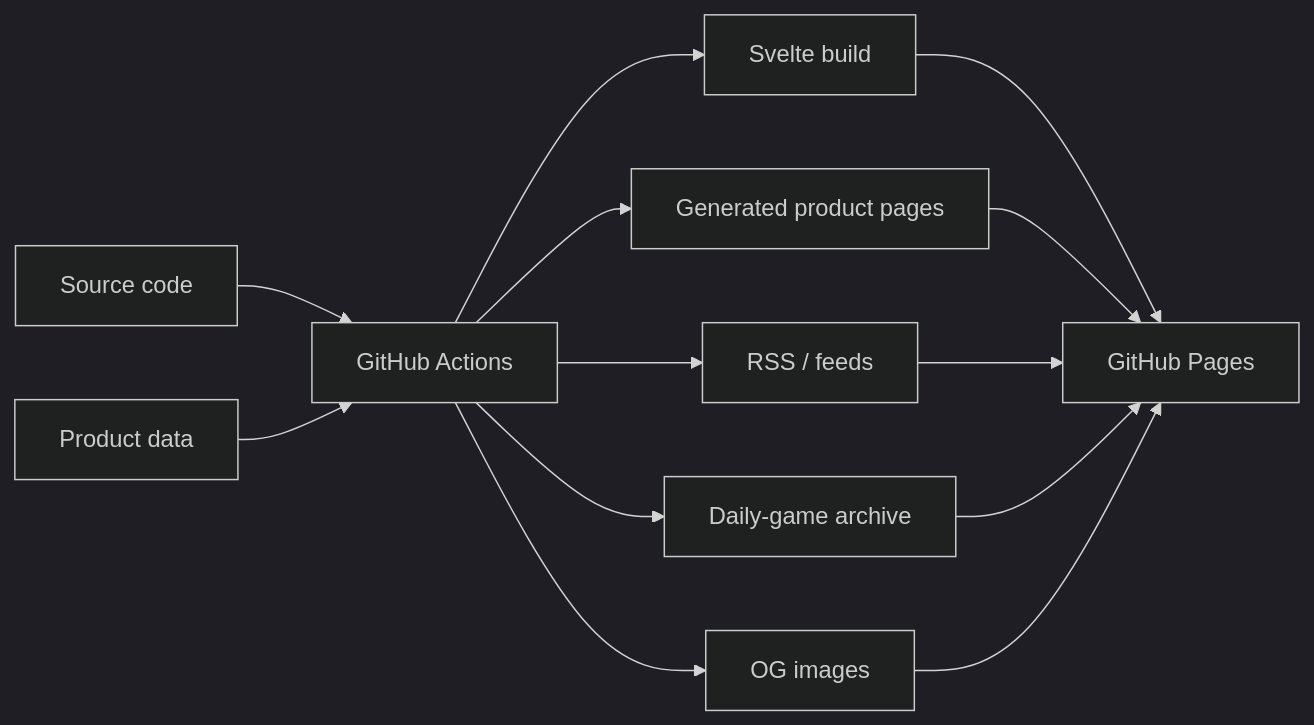
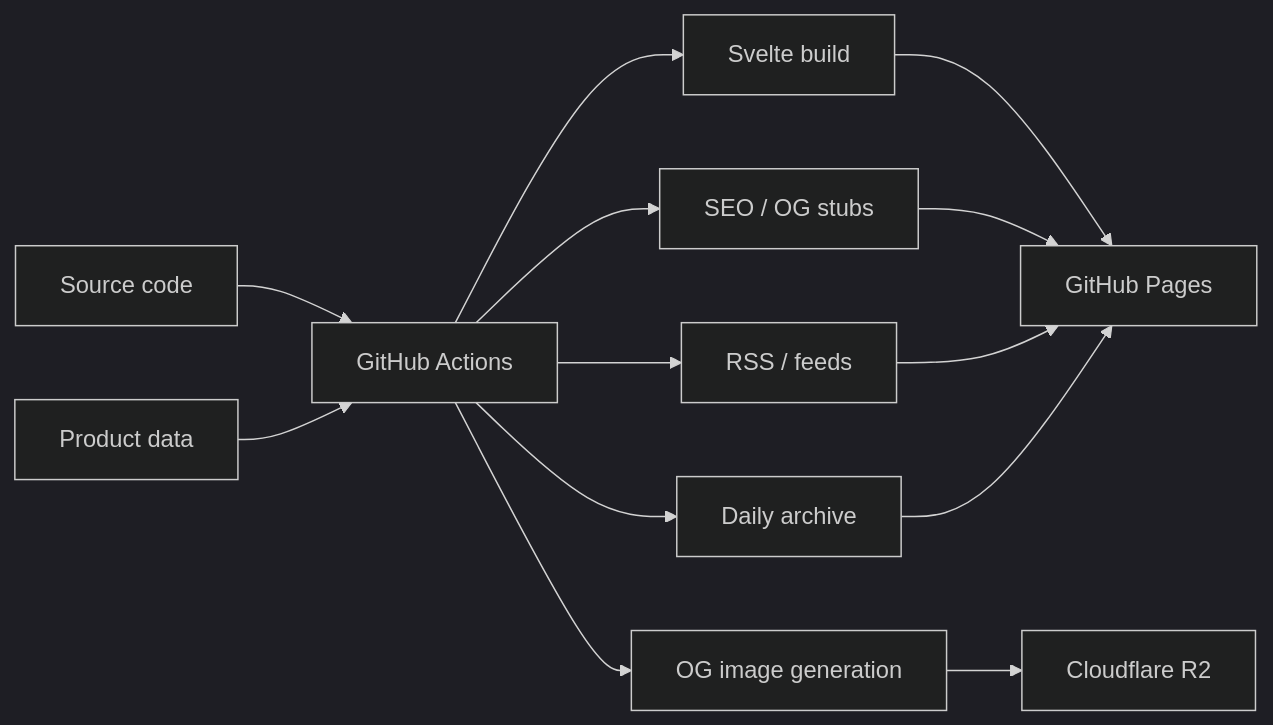
One commit to leevilaukka/alkometriikka changed the second of 2 diagrams in README.md. Above: the diagram before and after it, drawn with Mermaid (dark theme). The commit also changed other lines of this file, not shown here.

Commit message:
docs: update readme to mention R2

````diff
--- a/README.md
+++ b/README.md
@@ -59,17 +59,17 @@
 ```mermaid
 flowchart LR
     A[Source code] --> B[GitHub Actions]
     C[Product data] --> B
 
     B --> D[Svelte build]
-    B --> E[Generated product pages]
+    B --> E[SEO / OG stubs]
     B --> F[RSS / feeds]
-    B --> G[Daily-game archive]
-    B --> H[OG images]
+    B --> G[Daily archive]
+    B --> H[OG image generation]
 
     D --> I[GitHub Pages]
     E --> I
     F --> I
     G --> I
-    H --> I
+    H --> J[Cloudflare R2]
 ```
````
